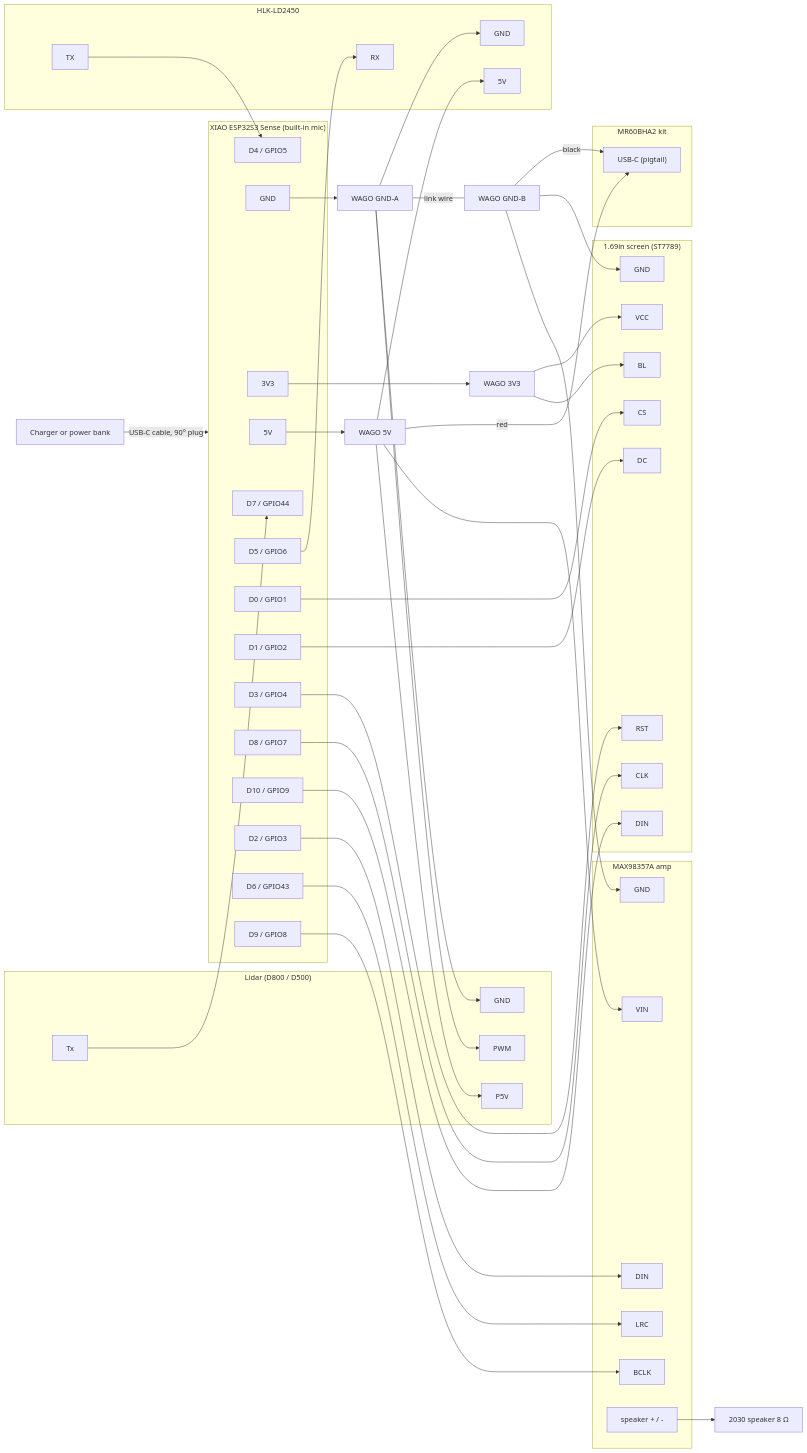
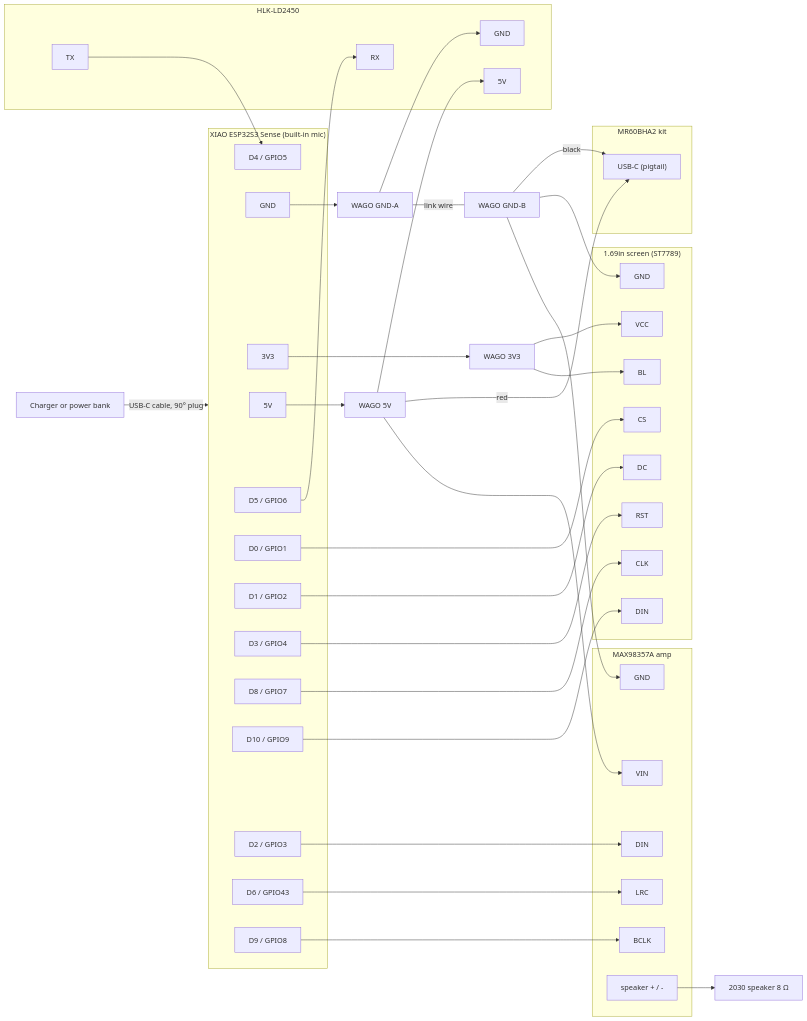
One commit to SebastienTr/Marvin changed the diagram in docs/wiring.md. Above: the diagram before and after it, drawn with Mermaid. The commit also changed other lines of this file and 13 other files, not shown here.

````diff
--- a/docs/wiring.md
+++ b/docs/wiring.md
@@ -41,60 +42,52 @@
 ```mermaid
 flowchart LR
   BANK["Charger or power bank"] -- "USB-C cable, 90° plug" --> XIAO
 
   subgraph XIAO["XIAO ESP32S3 Sense (built-in mic)"]
-    P5V["5V"]; PGND["GND"]; P33["3V3"]; D7["D7 / GPIO44"]; D4["D4 / GPIO5"]; D5["D5 / GPIO6"]
+    P5V["5V"]; PGND["GND"]; P33["3V3"]; D4["D4 / GPIO5"]; D5["D5 / GPIO6"]
     D0["D0 / GPIO1"]; D1["D1 / GPIO2"]; D3["D3 / GPIO4"]; D8["D8 / GPIO7"]; D10["D10 / GPIO9"]
     D2["D2 / GPIO3"]; D6["D6 / GPIO43"]; D9["D9 / GPIO8"]
   end
 
   W5["WAGO 5V"]; WGA["WAGO GND-A"]; WGB["WAGO GND-B"]; W33["WAGO 3V3"]
   P5V --> W5
   PGND --> WGA
   WGA -- "link wire" --- WGB
   P33 --> W33
-
-  subgraph LID["Lidar (D800 / D500)"]
-    L5["P5V"]; LG["GND"]; LP["PWM"]; LT["Tx"]
-  end
-  W5 --> L5
-  WGA --> LG
-  WGA --> LP
-  LT --> D7
 
   subgraph RAD["HLK-LD2450"]
     R5["5V"]; RG["GND"]; RT["TX"]; RR["RX"]
   end
   W5 --> R5
   WGA --> RG
   RT --> D4
   D5 --> RR
 
   subgraph MR["MR60BHA2 kit"]
     MU["USB-C (pigtail)"]
   end
   W5 -- "red" --> MU
   WGB -- "black" --> MU
 
   subgraph LCD["1.69in screen (ST7789)"]
     SV["VCC"]; SG["GND"]; SDIN["DIN"]; SCLK["CLK"]; SCS["CS"]; SDC["DC"]; SRST["RST"]; SBL["BL"]
   end
   W33 --> SV
   W33 --> SBL
   WGB --> SG
   D10 --> SDIN
   D8 --> SCLK
   D0 --> SCS
   D1 --> SDC
   D3 --> SRST
 
   subgraph AMP["MAX98357A amp"]
     AV["VIN"]; AG["GND"]; ABC["BCLK"]; ALR["LRC"]; ADI["DIN"]; ASP["speaker + / -"]
   end
   W5 --> AV
   WGB --> AG
   D9 --> ABC
   D6 --> ALR
   D2 --> ADI
   ASP --> SPK["2030 speaker 8 Ω"]
 ```
````
